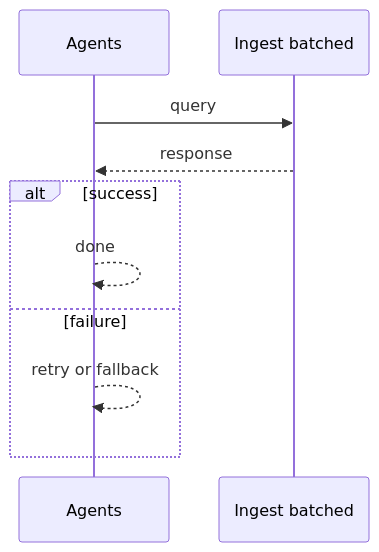
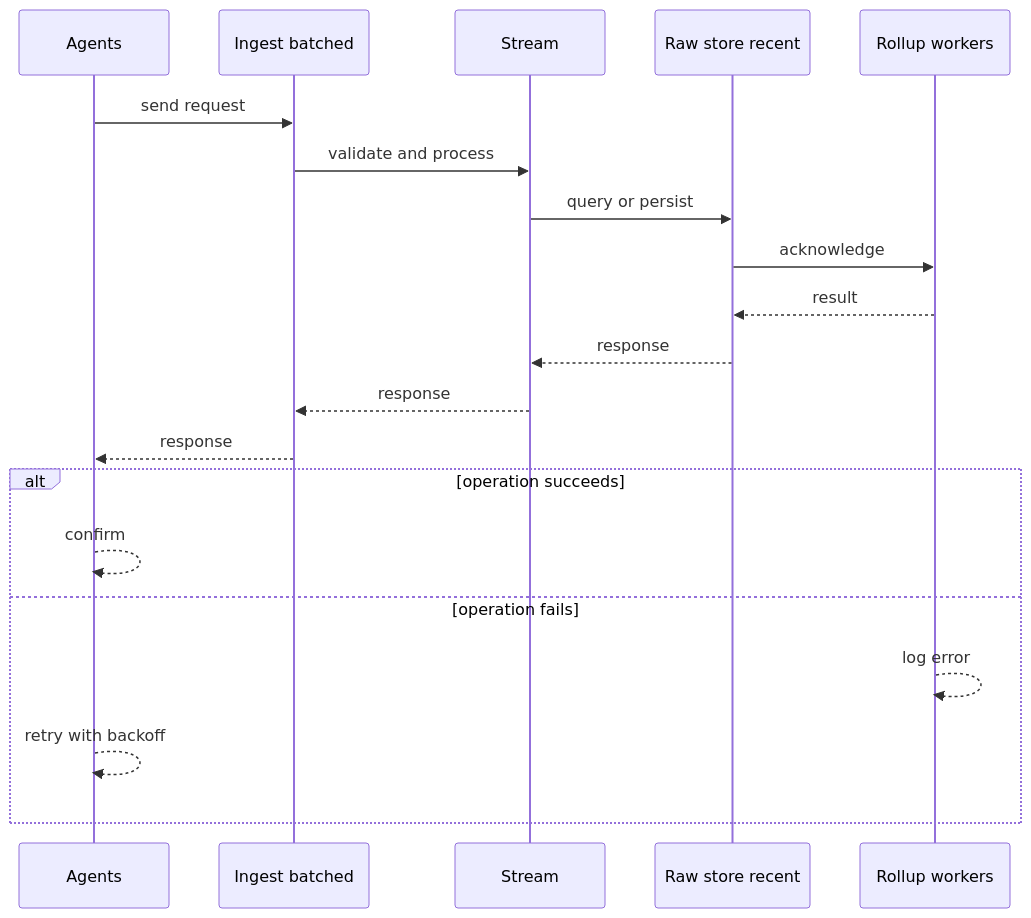
The second of 4 diagrams in case-studies/advanced/metrics-platform.md (RIT-MESH/system-design-mastery), drawn with Mermaid before and after one commit. The commit also changed other lines of this file and 64 other files, not shown here.

````diff
--- a/case-studies/advanced/metrics-platform.md
+++ b/case-studies/advanced/metrics-platform.md
@@ -77,13 +64,23 @@
 ```mermaid
 %% created-for: system-design-mastery
 sequenceDiagram
-  participant P0 as Agents
-  participant P1 as Ingest batched
-  P0 ->> P1: query
-  P1 -->> P0: response
-  alt success
-    P0 -->> P0: done
-  else failure
-    P0 -->> P0: retry or fallback
+  participant C0 as Agents
+  participant C1 as Ingest batched
+  participant C2 as Stream
+  participant C3 as Raw store recent
+  participant C4 as Rollup workers
+  C0 ->> C1: send request
+  C1 ->> C2: validate and process
+  C2 ->> C3: query or persist
+  C3 ->> C4: acknowledge
+  C4 -->> C3: result
+  C3 -->> C2: response
+  C2 -->> C1: response
+  C1 -->> C0: response
+  alt operation succeeds
+    C0 -->> C0: confirm
+  else operation fails
+    C4 -->> C4: log error
+    C0 -->> C0: retry with backoff
   end
 ```
````
